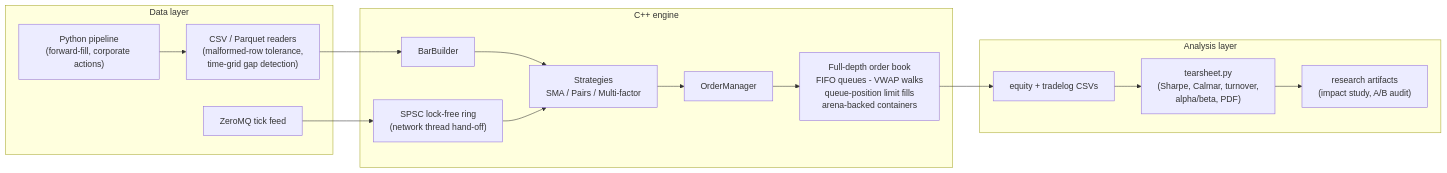
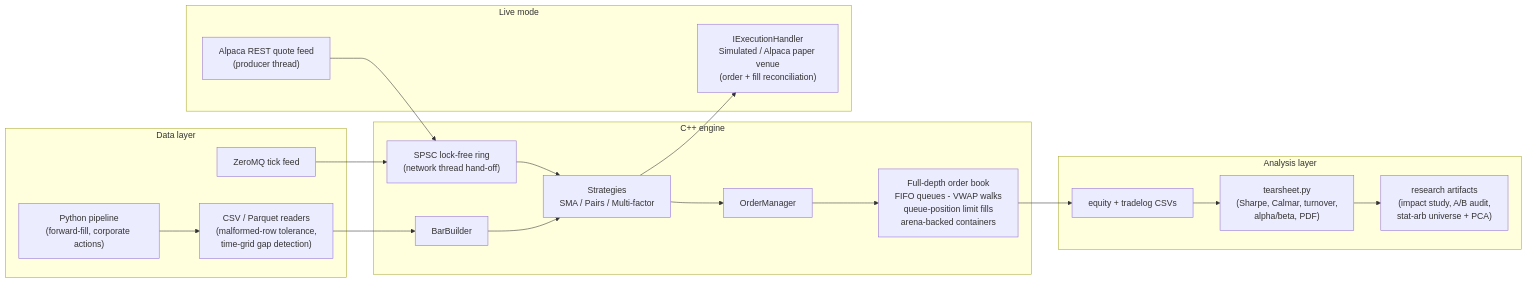
One commit to MarcusJMyrick/Quantitative-Strategy-Engine-QSE- changed the diagram in README.md. Above: the diagram before and after it, drawn with Mermaid. The commit also changed other lines of this file, not shown here.

First line of the commit message:
docs(readme): bring whitepaper README current through QR4.2 + live trading

````diff
--- a/README.md
+++ b/README.md
@@ -69,23 +117,29 @@
 ```mermaid
 flowchart LR
     subgraph ingest [Data layer]
         CSV["CSV / Parquet readers<br/>(malformed-row tolerance,<br/>time-grid gap detection)"]
         PY["Python pipeline<br/>(forward-fill, corporate actions)"]
         ZMQ["ZeroMQ tick feed"]
     end
     subgraph core [C++ engine]
         RING["SPSC lock-free ring<br/>(network thread hand-off)"]
         BB["BarBuilder"]
         STRAT["Strategies<br/>SMA / Pairs / Multi-factor"]
         OM["OrderManager"]
         BOOK["Full-depth order book<br/>FIFO queues - VWAP walks<br/>queue-position limit fills<br/>arena-backed containers"]
     end
+    subgraph live [Live mode]
+        FEED["Alpaca REST quote feed<br/>(producer thread)"]
+        EXE["IExecutionHandler<br/>Simulated / Alpaca paper venue<br/>(order + fill reconciliation)"]
+    end
     subgraph out [Analysis layer]
         LOGS["equity + tradelog CSVs"]
         TEAR["tearsheet.py<br/>(Sharpe, Calmar, turnover,<br/>alpha/beta, PDF)"]
-        RES["research artifacts<br/>(impact study, A/B audit)"]
+        RES["research artifacts<br/>(impact study, A/B audit,<br/>stat-arb universe + PCA)"]
     end
     PY --> CSV --> BB --> STRAT
     ZMQ --> RING --> STRAT
+    FEED --> RING
     STRAT --> OM --> BOOK --> LOGS --> TEAR --> RES
+    STRAT --> EXE
 ```
````
